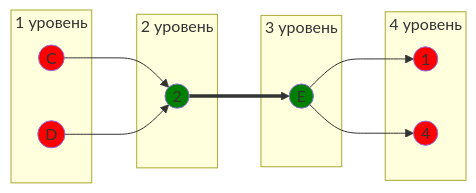
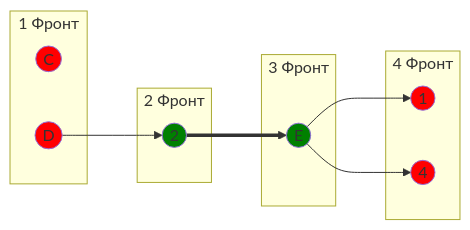
The fourth of 11 diagrams in Задание 8/DIVI.md (algos-ris-24-5/manual-tasks), drawn with Mermaid before and after one commit. The commit also changed other lines of this file, not shown here.

````diff
--- a/Задание 8/DIVI.md
+++ b/Задание 8/DIVI.md
@@ -130,27 +129,26 @@
 ```mermaid
 graph LR
-    subgraph "1 уровень"
+    subgraph "1 Фронт"
         C((C))
         D((D))
     end
-    subgraph "2 уровень"
+    subgraph "2 Фронт"
         2((2))
     end
-    subgraph "3 уровень"
+    subgraph "3 Фронт"
         E((E))
     end
-    subgraph "4 уровень"
+    subgraph "4 Фронт"
         1((1))
         4((4))
     end
-    C --> 2 ==> E --> 1
-    D --> 2
+    D --> 2 ==> E --> 1
     E --> 4
     
     style C fill:#FF0000
     style D fill:#FF0000
     style 1 fill:#FF0000
     style 4 fill:#FF0000
     style E fill:#008000
     style 2 fill:#008000
 ```
````
